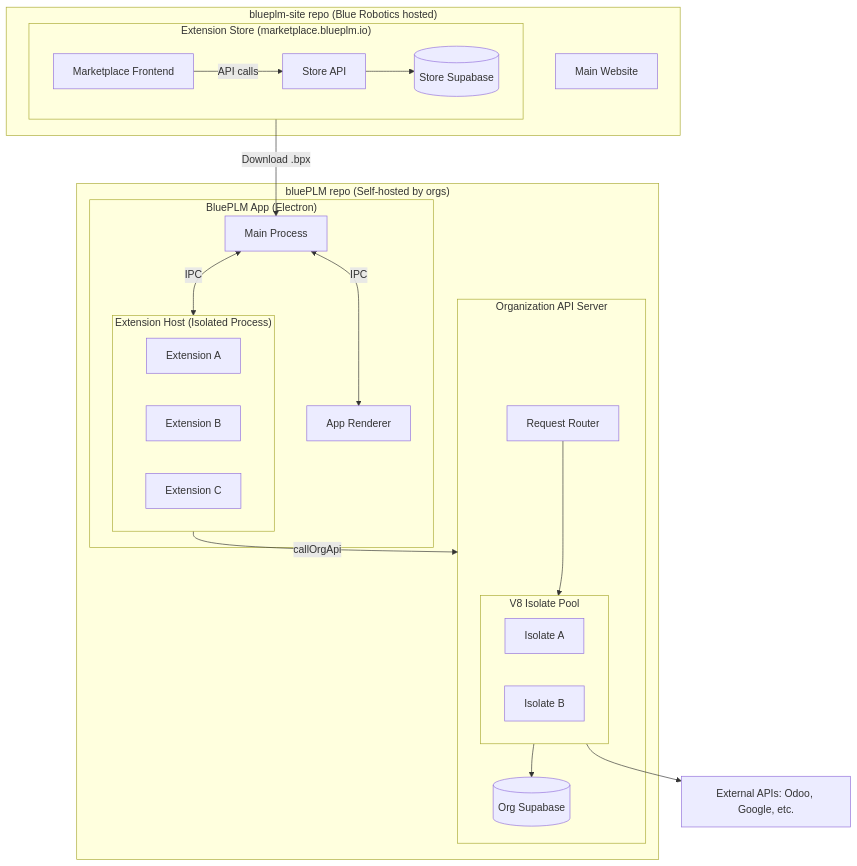
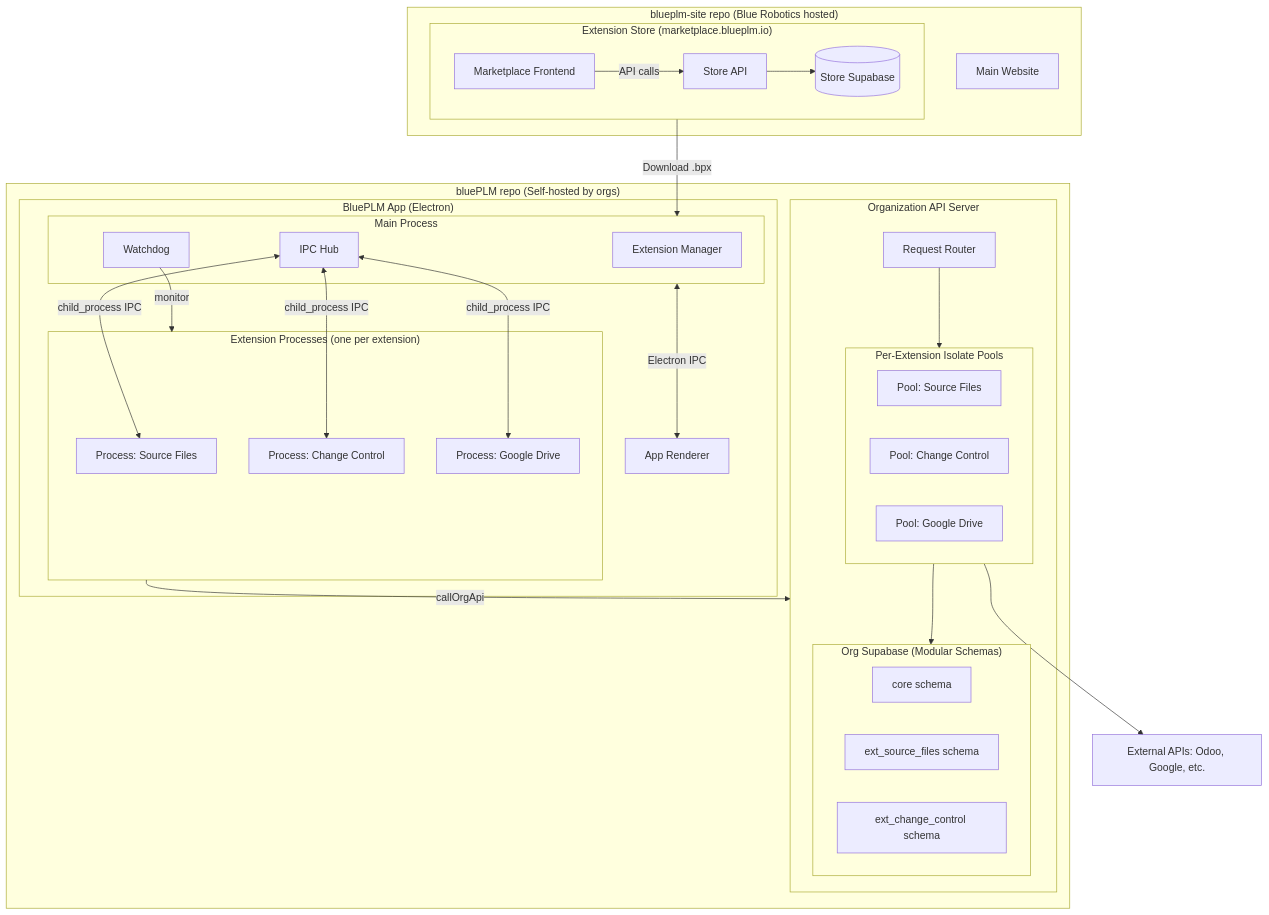
The first of 6 diagrams in .cursor/plans/extension-system-architecture-agents.plan.md (bluerobotics/bluePLM), drawn with Mermaid before and after one commit. The commit also changed other lines of this file and 59 other files, not shown here.

````diff
--- a/.cursor/plans/extension-system-architecture-agents.plan.md
+++ b/.cursor/plans/extension-system-architecture-agents.plan.md
@@ -35,48 +39,60 @@
 ```mermaid
 flowchart TB
     subgraph BluePLMSite["blueplm-site repo (Blue Robotics hosted)"]
         subgraph Store["Extension Store (marketplace.blueplm.io)"]
             StoreAPI[Store API]
             StoreDB[(Store Supabase)]
             StoreFE[Marketplace Frontend]
         end
         MainSite[Main Website]
     end
 
     subgraph BluePLMRepo["bluePLM repo (Self-hosted by orgs)"]
         subgraph App["BluePLM App (Electron)"]
-            Main[Main Process]
+            subgraph MainProc["Main Process"]
+                ExtManager[Extension Manager]
+                Watchdog[Watchdog]
+                IPCHub[IPC Hub]
+            end
             
-            subgraph Host["Extension Host (Isolated Process)"]
-                ExtA[Extension A]
-                ExtB[Extension B]
-                ExtC[Extension C]
+            subgraph ExtProcesses["Extension Processes (one per extension)"]
+                ExtProcA["Process: Source Files"]
+                ExtProcB["Process: Change Control"]
+                ExtProcC["Process: Google Drive"]
             end
             
             Renderer[App Renderer]
         end
 
         subgraph OrgAPI["Organization API Server"]
             Router[Request Router]
             
-            subgraph Sandbox["V8 Isolate Pool"]
-                IsoA[Isolate A]
-                IsoB[Isolate B]
+            subgraph IsolatePools["Per-Extension Isolate Pools"]
+                PoolA["Pool: Source Files"]
+                PoolB["Pool: Change Control"]
+                PoolC["Pool: Google Drive"]
             end
             
-            OrgDB[(Org Supabase)]
+            subgraph OrgDB["Org Supabase (Modular Schemas)"]
+                CoreSchema["core schema"]
+                ExtSFSchema["ext_source_files schema"]
+                ExtCCSchema["ext_change_control schema"]
+            end
         end
     end
 
     External[External APIs: Odoo, Google, etc.]
 
     StoreFE -->|API calls| StoreAPI
     StoreAPI --> StoreDB
-    Store -->|Download .bpx| Main
-    Main <-->|IPC| Host
-    Main <-->|IPC| Renderer
-    Host -->|callOrgApi| OrgAPI
-    Router --> Sandbox
-    Sandbox --> OrgDB
-    Sandbox --> External
+    Store -->|Download .bpx| MainProc
+    IPCHub <-->|"child_process IPC"| ExtProcA
+    IPCHub <-->|"child_process IPC"| ExtProcB
+    IPCHub <-->|"child_process IPC"| ExtProcC
+    MainProc <-->|Electron IPC| Renderer
+    Watchdog -->|monitor| ExtProcesses
+    ExtProcesses -->|callOrgApi| OrgAPI
+    Router --> IsolatePools
+    IsolatePools --> OrgDB
+    IsolatePools --> External
 ```
````
